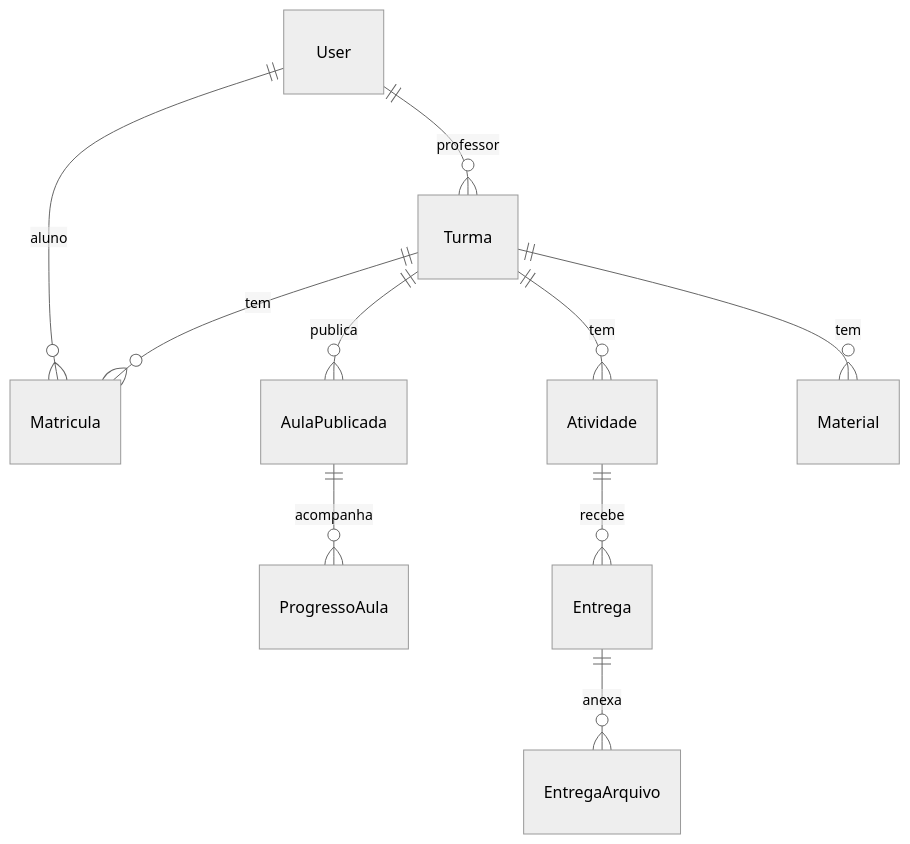
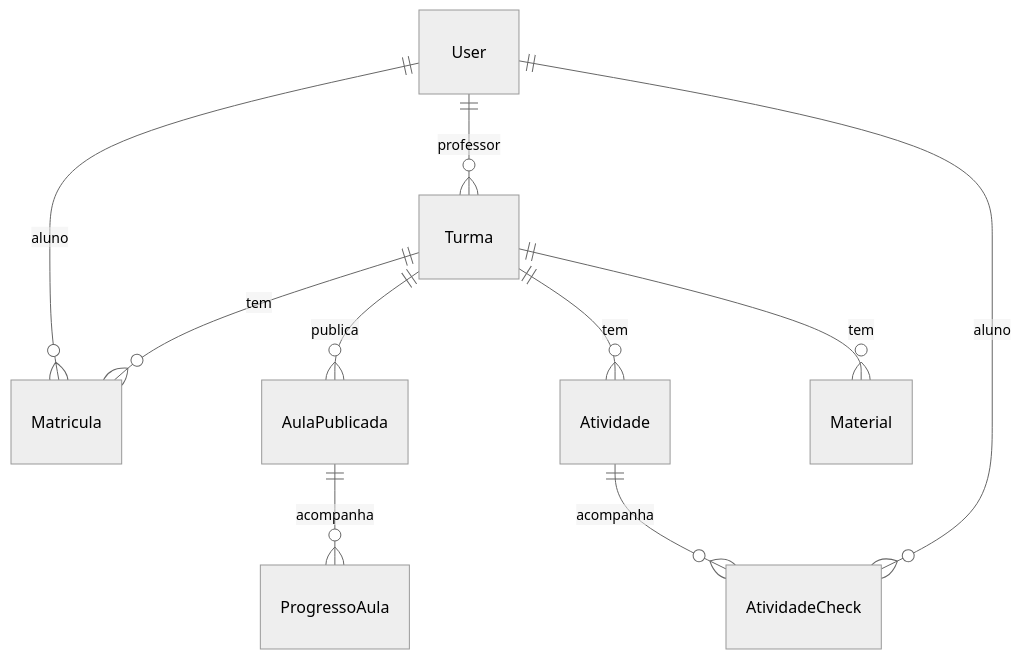
Before and after one commit to elvertoni/professorDash2.0: the second of 2 diagrams in docs/arquitetura.md, drawn with Mermaid (neutral theme). The commit also changed other lines of this file and 10 other files, not shown here.

````diff
--- a/docs/arquitetura.md
+++ b/docs/arquitetura.md
@@ -34,12 +34,12 @@
 ```mermaid
 erDiagram
     User ||--o{ Matricula : aluno
     User ||--o{ Turma : professor
     Turma ||--o{ Matricula : tem
     Turma ||--o{ AulaPublicada : publica
     AulaPublicada ||--o{ ProgressoAula : acompanha
     Turma ||--o{ Atividade : tem
-    Atividade ||--o{ Entrega : recebe
-    Entrega ||--o{ EntregaArquivo : anexa
+    Atividade ||--o{ AtividadeCheck : acompanha
+    User ||--o{ AtividadeCheck : aluno
     Turma ||--o{ Material : tem
 ```
````
